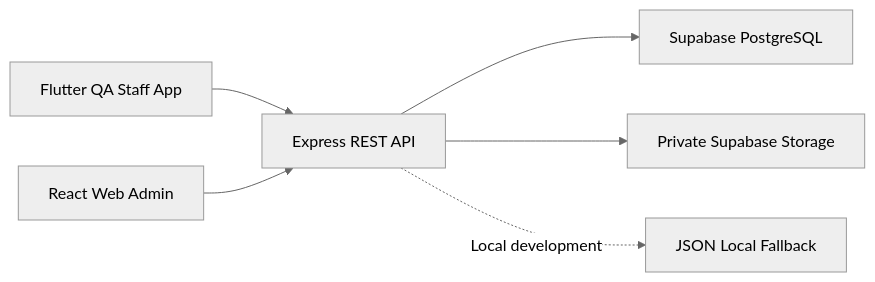
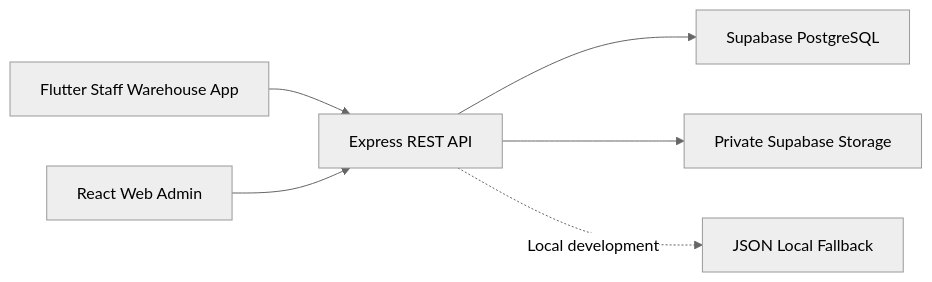
The diagram in README.md (farrelgaska/QA-Mobile-Apps), drawn with Mermaid (neutral theme) before and after one commit. The commit also changed other lines of this file, not shown here.

Commit message:
docs(api): update warehouse staff terminology

````diff
--- a/README.md
+++ b/README.md
@@ -55,15 +55,15 @@
 ```mermaid
 flowchart LR
-    Mobile["Flutter QA Staff App"]
+    Mobile["Flutter Staff Warehouse App"]
     Admin["React Web Admin"]
     API["Express REST API"]
     Database["Supabase PostgreSQL"]
     Storage["Private Supabase Storage"]
     JSON["JSON Local Fallback"]
 
     Mobile --> API
     Admin --> API
     API --> Database
     API --> Storage
     API -. Local development .-> JSON
 ```
````
